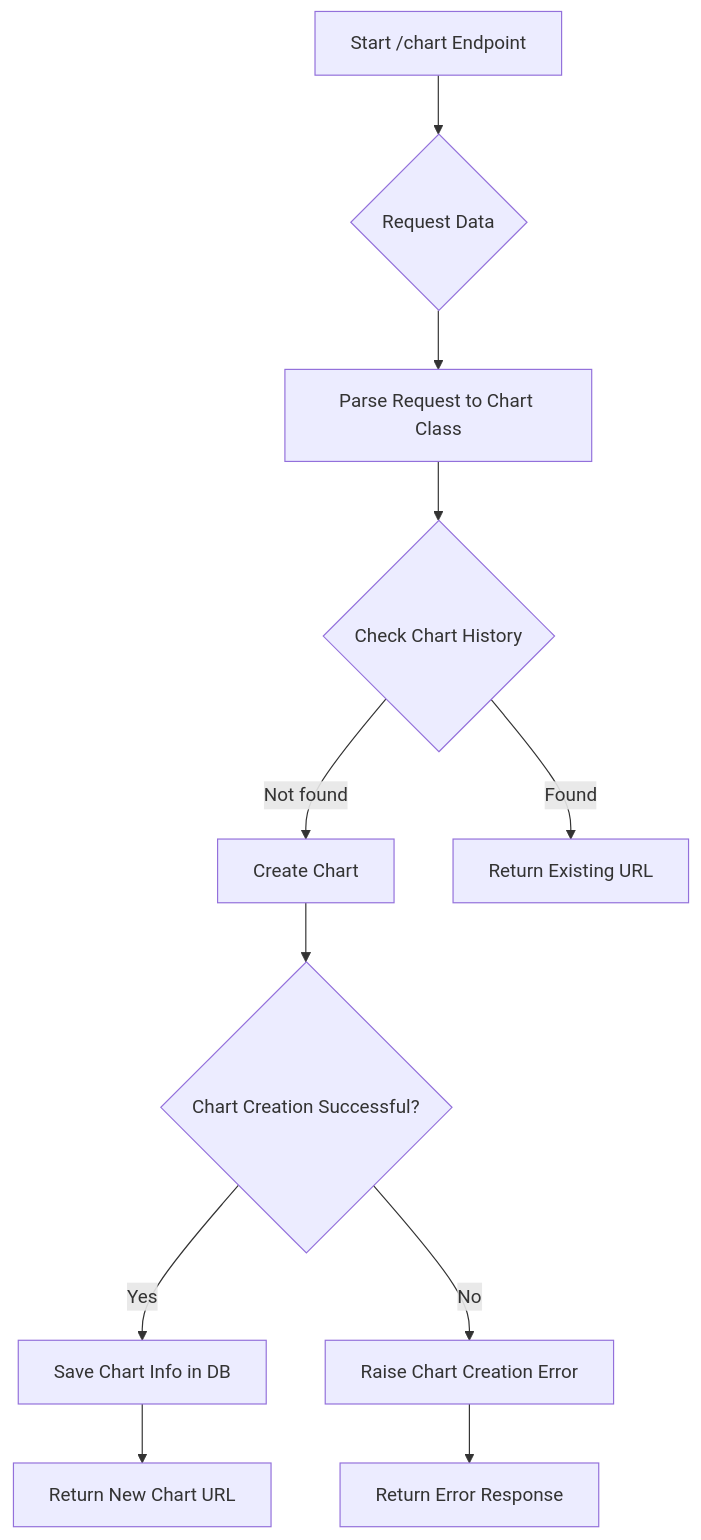
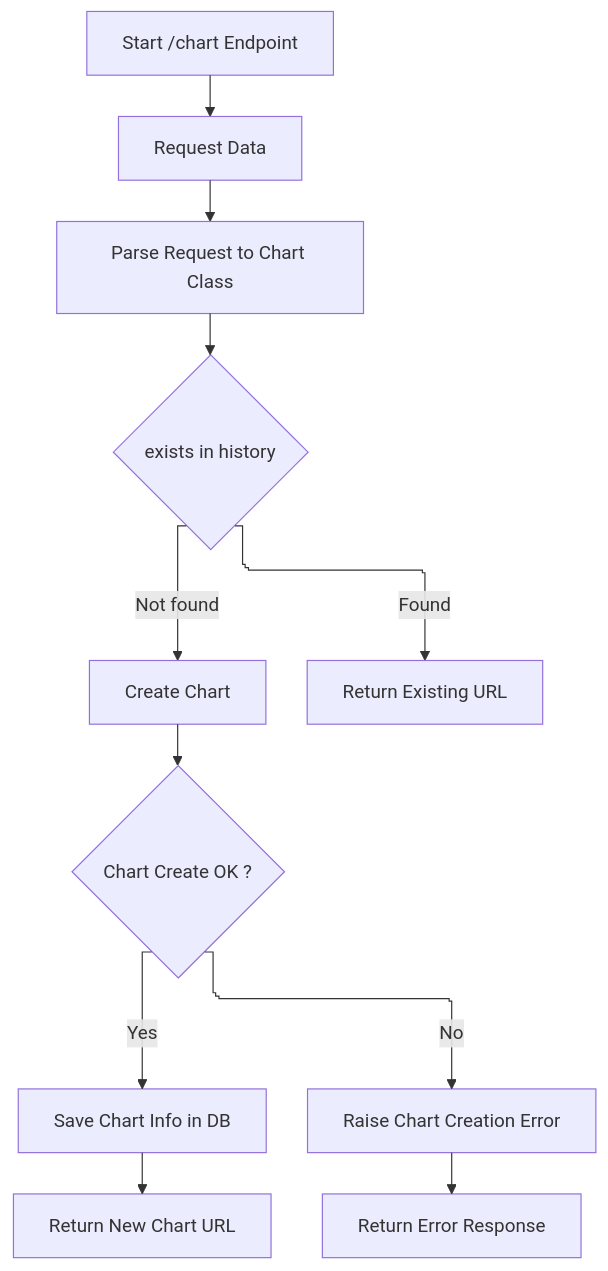
The diagram in eliana/README.md (KimDoYoung/python-practice), drawn with Mermaid before and after one commit. The commit also changed other lines of this file, not shown here.

Commit message:
chart-draw

````diff
--- a/eliana/README.md
+++ b/eliana/README.md
@@ -98,13 +102,14 @@
 ```mermaid
-graph TD
-    A[Start /chart Endpoint] --> B{Request Data}
+%%{ init: { 'flowchart': { 'curve': 'stepAfter' } } }%% 
+flowchart-elk TD
+    A[Start /chart Endpoint] --> B[Request Data]
     B --> C[Parse Request to Chart Class]
-    C --> D{Check Chart History}
+    C --> D{exists in history}
     D -- Not found --> E[Create Chart]
     D -- Found --> F[Return Existing URL]
-    E --> G{Chart Creation Successful?}
+    E --> G{Chart Create OK ?}
     G -- Yes --> H[Save Chart Info in DB]
     G -- No --> I[Raise Chart Creation Error]
     H --> J[Return New Chart URL]
     I --> K[Return Error Response]
 ```
````
